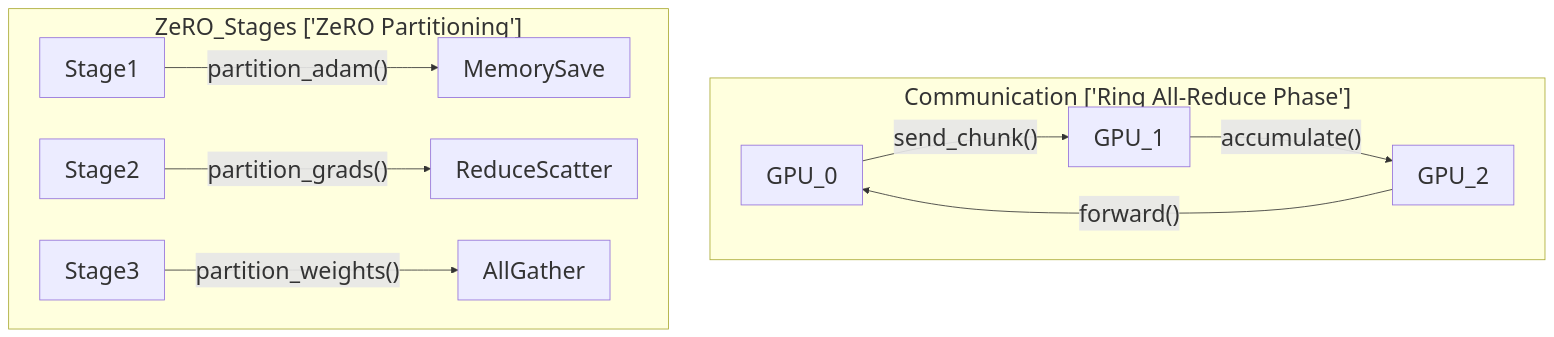
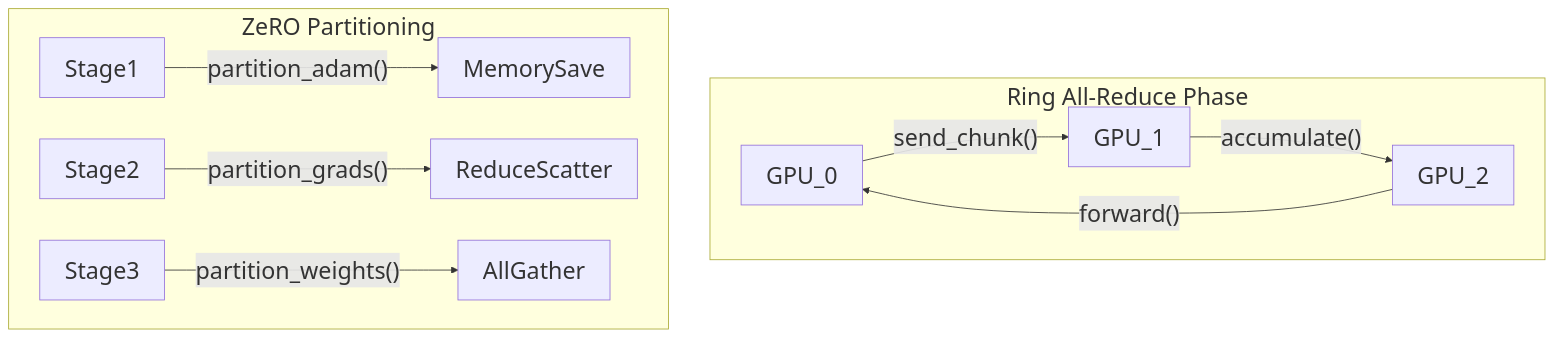
One commit to j4flmao/agent-skills changed the diagram in skills/hardware-acceleration/distributed-training/SKILL.md. Above: the diagram before and after it, drawn with Mermaid. The commit also changed 38 other files, not shown here.

Commit message:
style(skills): Add padding to Mermaid subgraphs to prevent label overlap with nodes

````diff
--- a/skills/hardware-acceleration/distributed-training/SKILL.md
+++ b/skills/hardware-acceleration/distributed-training/SKILL.md
@@ -16,14 +16,14 @@
 ```mermaid
 flowchart TD
 %%{init: {"theme": "default", "themeVariables": {"fontSize": "28px"}, "flowchart": {"useMaxWidth": false}}}%%
-    subgraph CommunicationRingAllReducePhase ["Communication ['Ring All-Reduce Phase']"]
+    subgraph CommunicationRingAllReducePhase ["Ring All-Reduce Phase<br/>"]
         GPU_0 -->|"send_chunk()"| GPU_1
         GPU_1 -->|"accumulate()"| GPU_2
         GPU_2 -->|"forward()"| GPU_0
     end
-    subgraph ZeROStagesZeROPartitioning ["ZeRO_Stages ['ZeRO Partitioning']"]
+    subgraph ZeROStagesZeROPartitioning ["ZeRO Partitioning<br/>"]
         Stage1 -->|"partition_adam()"| MemorySave
         Stage2 -->|"partition_grads()"| ReduceScatter
         Stage3 -->|"partition_weights()"| AllGather
     end
 ```
````
